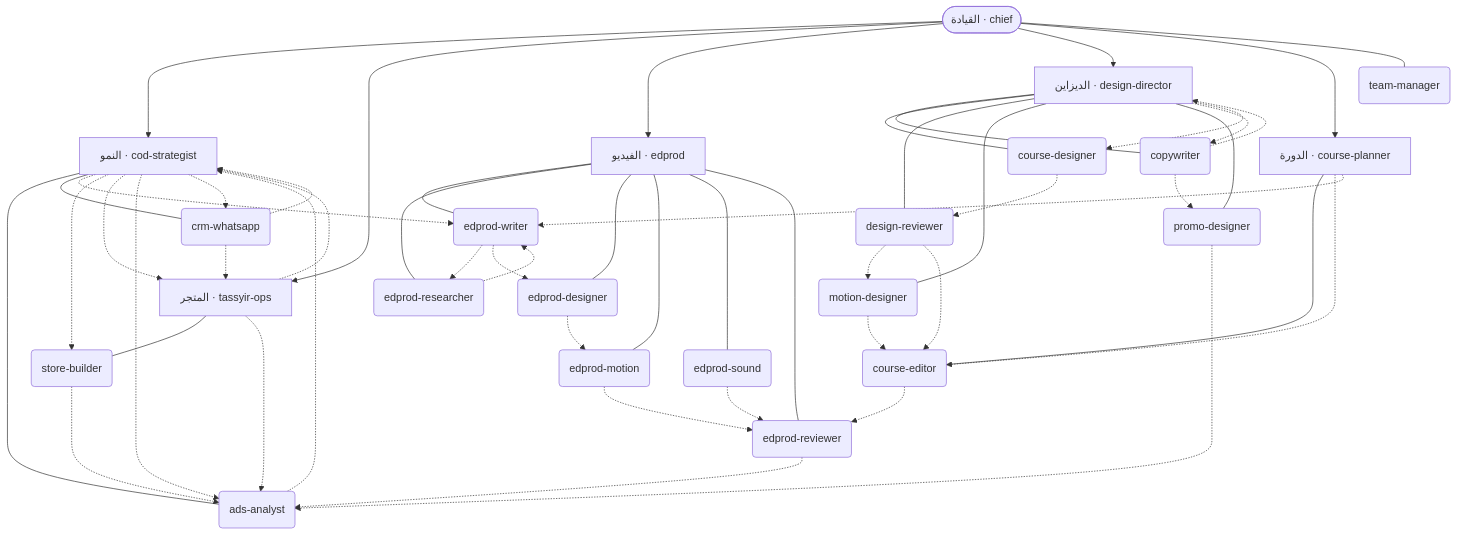
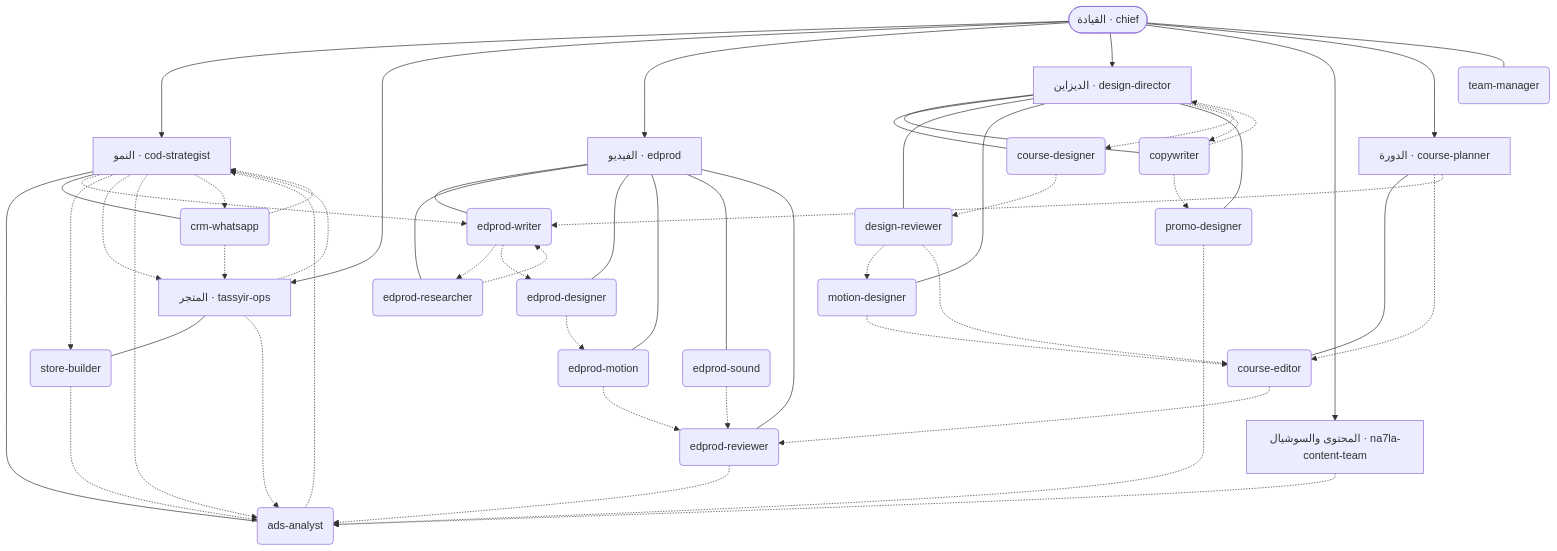
One commit to na7lamouha-ops/My-Mind-OS changed the diagram in .claude/team/TEAM.md. Above: the diagram before and after it, drawn with Mermaid. The commit also changed other lines of this file and 164 other files, not shown here.

First line of the commit message:
Bring the Boussala session's content studio: 28 na7la-* skills (IG, YT, motion), content team agent, reel-studio, SFX, series

````diff
--- a/.claude/team/TEAM.md
+++ b/.claude/team/TEAM.md
@@ -9,56 +9,58 @@
 ```mermaid
 flowchart TB
   chief(["القيادة · chief"])
   chief --> growth["النمو · cod-strategist"]
   chief --> store["المتجر · tassyir-ops"]
   chief --> edprod["الفيديو · edprod"]
   chief --> design["الديزاين · design-director"]
+  chief --> social["المحتوى والسوشيال · na7la-content-team"]
   chief --> course["الدورة · course-planner"]
   chief --- team_manager("team-manager")
   growth --- ads_analyst("ads-analyst")
   growth --- crm_whatsapp("crm-whatsapp")
   store --- store_builder("store-builder")
   edprod --- edprod_writer("edprod-writer")
   edprod --- edprod_researcher("edprod-researcher")
   edprod --- edprod_designer("edprod-designer")
   edprod --- edprod_motion("edprod-motion")
   edprod --- edprod_sound("edprod-sound")
   edprod --- edprod_reviewer("edprod-reviewer")
   course --- course_editor("course-editor")
   design --- copywriter("copywriter")
   design --- course_designer("course-designer")
   design --- design_reviewer("design-reviewer")
   design --- motion_designer("motion-designer")
   design --- promo_designer("promo-designer")
   %% روابط الخدمة (feeds)
   growth -.-> edprod_writer
   growth -.-> store_builder
   growth -.-> store
   growth -.-> ads_analyst
   growth -.-> crm_whatsapp
   ads_analyst -.-> growth
   crm_whatsapp -.-> store
   crm_whatsapp -.-> growth
   store -.-> growth
   store -.-> ads_analyst
   store_builder -.-> ads_analyst
   edprod_writer -.-> edprod_researcher
   edprod_writer -.-> edprod_designer
   edprod_researcher -.-> edprod_writer
   edprod_designer -.-> edprod_motion
   edprod_motion -.-> edprod_reviewer
   edprod_sound -.-> edprod_reviewer
   edprod_reviewer -.-> ads_analyst
   course -.-> course_editor
   course -.-> edprod_writer
   course_editor -.-> edprod_reviewer
   design -.-> copywriter
   design -.-> course_designer
   copywriter -.-> design
   copywriter -.-> promo_designer
   course_designer -.-> design_reviewer
   design_reviewer -.-> motion_designer
   design_reviewer -.-> course_editor
   motion_designer -.-> course_editor
   promo_designer -.-> ads_analyst
+  social -.-> ads_analyst
 ```
````
